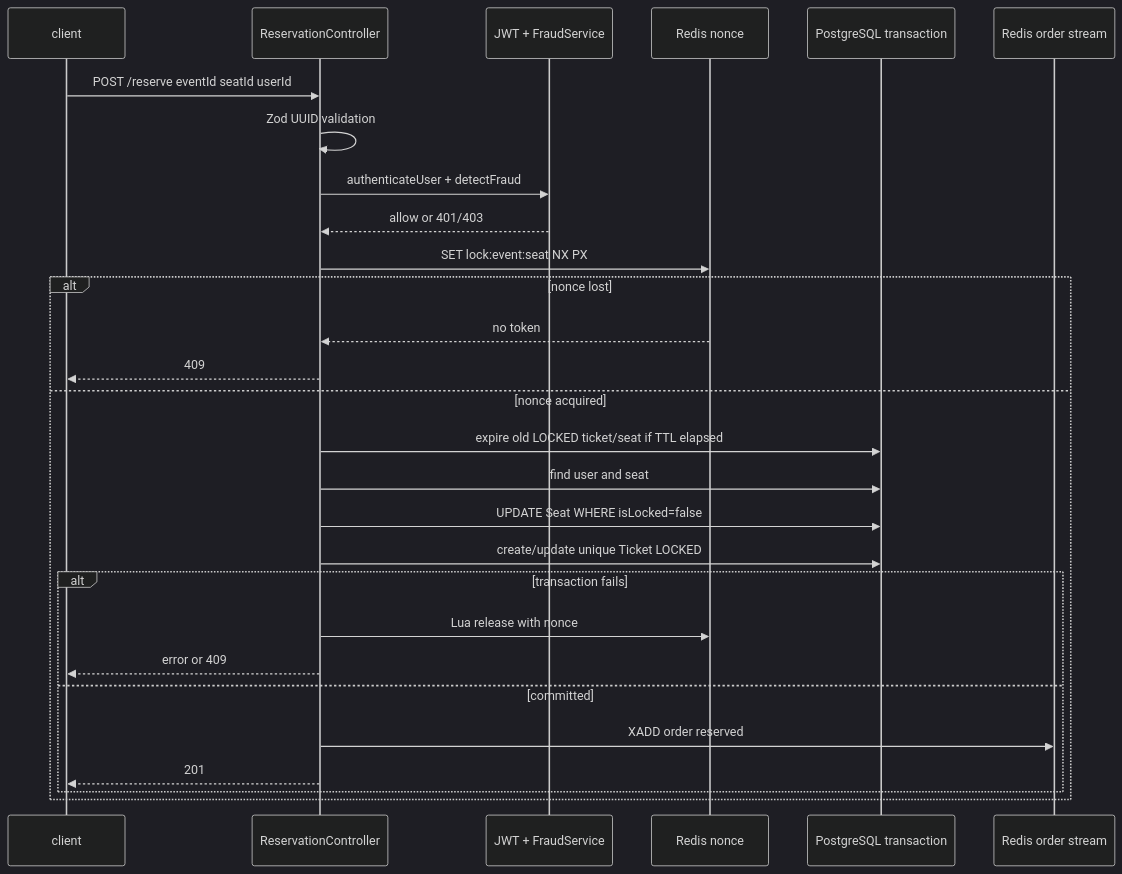
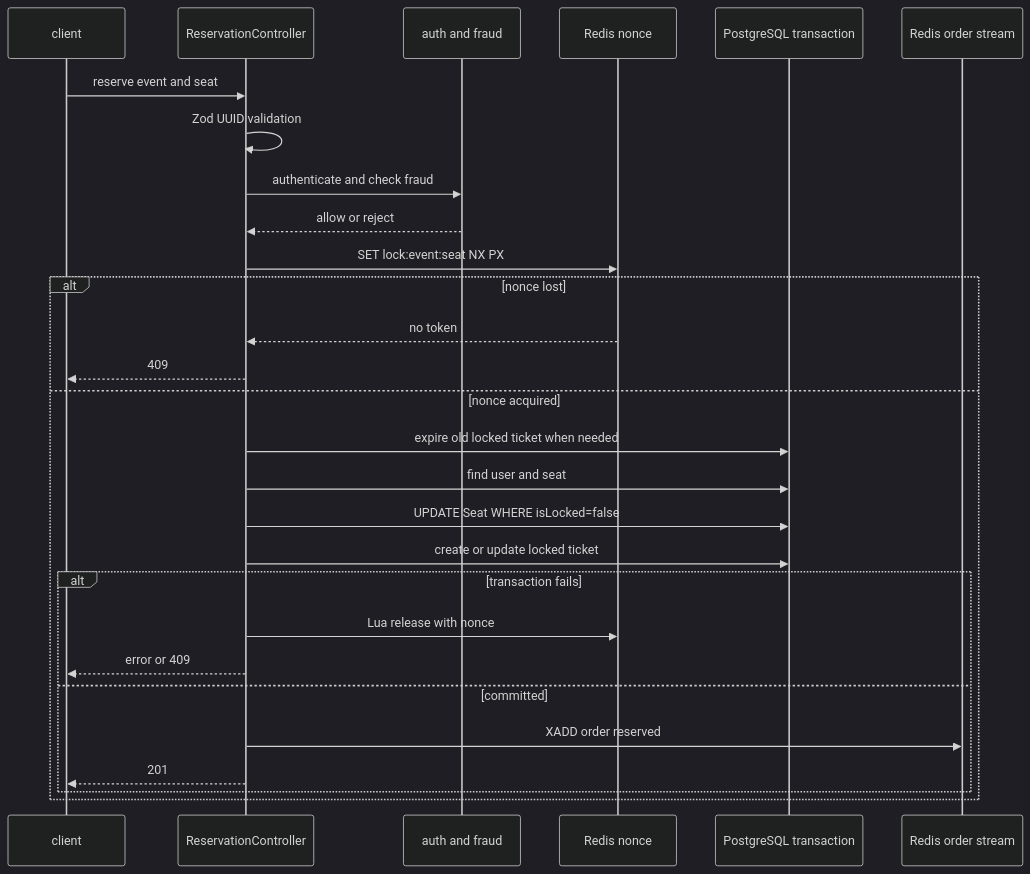
The second of 3 diagrams in docs/ARCHITECTURE.md (genesisgzdev/Project-MegaTicketing), drawn with Mermaid (dark theme) before and after one commit. The commit also changed other lines of this file, not shown here.

Commit message:
Fix GitHub Mermaid diagrams

```diff
--- a/docs/ARCHITECTURE.md
+++ b/docs/ARCHITECTURE.md
@@ -35,30 +35,30 @@
 ~~~mermaid
 sequenceDiagram
     participant C as client
     participant API as ReservationController
-    participant A as JWT + FraudService
+    participant A as auth and fraud
     participant R as Redis nonce
     participant PG as PostgreSQL transaction
     participant X as Redis order stream
-    C->>API: POST /reserve eventId seatId userId
+    C->>API: reserve event and seat
     API->>API: Zod UUID validation
-    API->>A: authenticateUser + detectFraud
-    A-->>API: allow or 401/403
+    API->>A: authenticate and check fraud
+    A-->>API: allow or reject
     API->>R: SET lock:event:seat NX PX
     alt nonce lost
       R-->>API: no token
       API-->>C: 409
     else nonce acquired
-      API->>PG: expire old LOCKED ticket/seat if TTL elapsed
+    API->>PG: expire old locked ticket when needed
       API->>PG: find user and seat
       API->>PG: UPDATE Seat WHERE isLocked=false
-      API->>PG: create/update unique Ticket LOCKED
+    API->>PG: create or update locked ticket
       alt transaction fails
         API->>R: Lua release with nonce
         API-->>C: error or 409
       else committed
         API->>X: XADD order reserved
         API-->>C: 201
       end
     end
 ~~~
```
